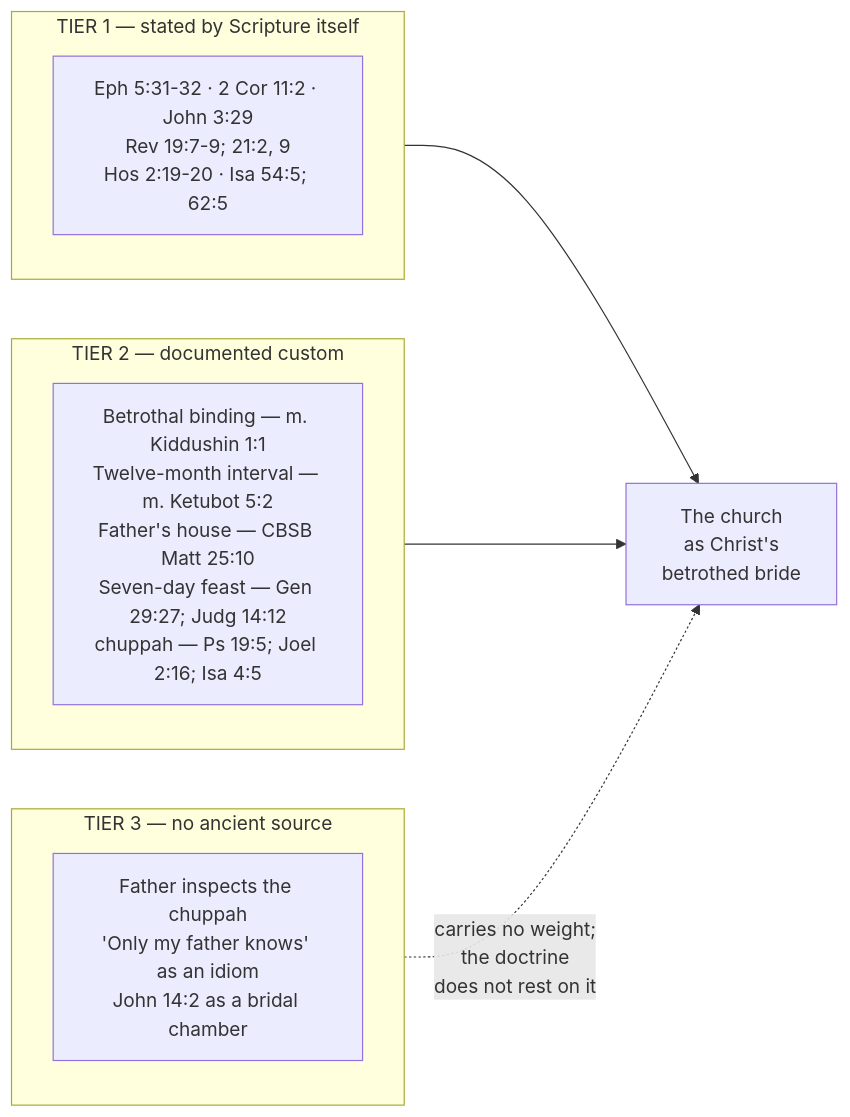
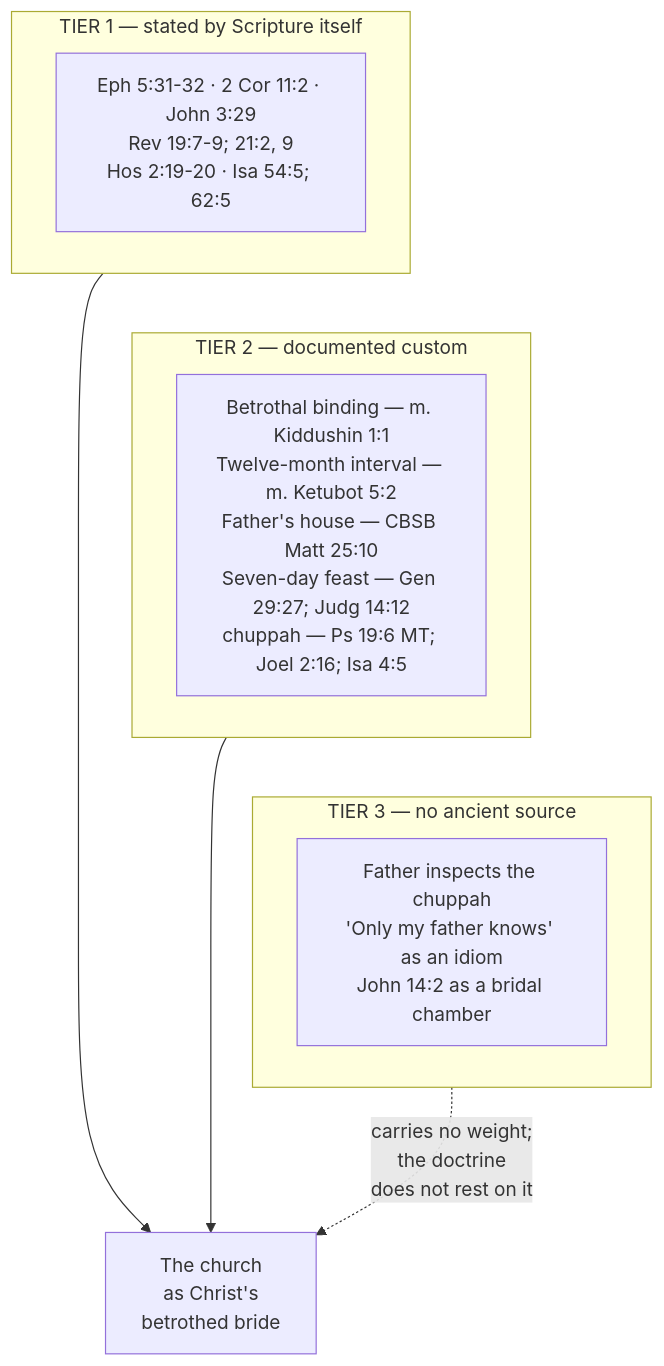
Before and after one commit to ding0t/bible_studies: the second of 4 diagrams in docs/content/israel-and-church/bride-of-christ.md, drawn with Mermaid. The commit also changed other lines of this file and 50 other files, not shown here.

````diff
--- a/docs/content/israel-and-church/bride-of-christ.md
+++ b/docs/content/israel-and-church/bride-of-christ.md
@@ -400,15 +414,16 @@
 ```mermaid
-flowchart LR
+flowchart TD
     subgraph T1["TIER 1 — stated by Scripture itself"]
       A1["Eph 5:31-32 · 2 Cor 11:2 · John 3:29<br/>Rev 19:7-9; 21:2, 9<br/>Hos 2:19-20 · Isa 54:5; 62:5"]
     end
     subgraph T2["TIER 2 — documented custom"]
-      A2["Betrothal binding — m. Kiddushin 1:1<br/>Twelve-month interval — m. Ketubot 5:2<br/>Father's house — CBSB Matt 25:10<br/>Seven-day feast — Gen 29:27; Judg 14:12<br/>chuppah — Ps 19:5; Joel 2:16; Isa 4:5"]
+      A2["Betrothal binding — m. Kiddushin 1:1<br/>Twelve-month interval — m. Ketubot 5:2<br/>Father's house — CBSB Matt 25:10<br/>Seven-day feast — Gen 29:27; Judg 14:12<br/>chuppah — Ps 19:6 MT; Joel 2:16; Isa 4:5"]
     end
     subgraph T3["TIER 3 — no ancient source"]
       A3["Father inspects the chuppah<br/>'Only my father knows' as an idiom<br/>John 14:2 as a bridal chamber"]
     end
+    T1 ~~~ T2 ~~~ T3
     T1 --> C["The church<br/>as Christ's<br/>betrothed bride"]
     T2 --> C
     T3 -.->|"carries no weight;<br/>the doctrine<br/>does not rest on it"| C
 ```
````
